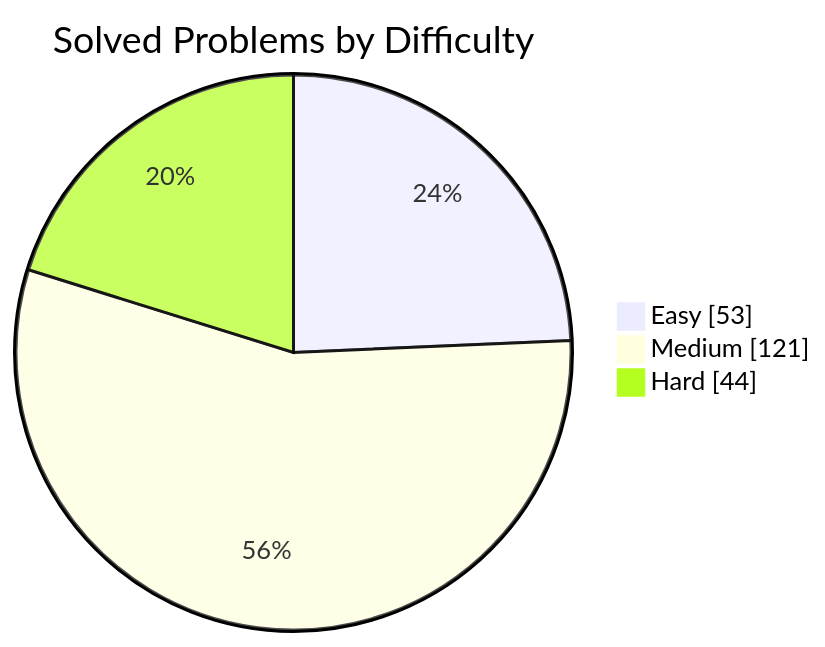
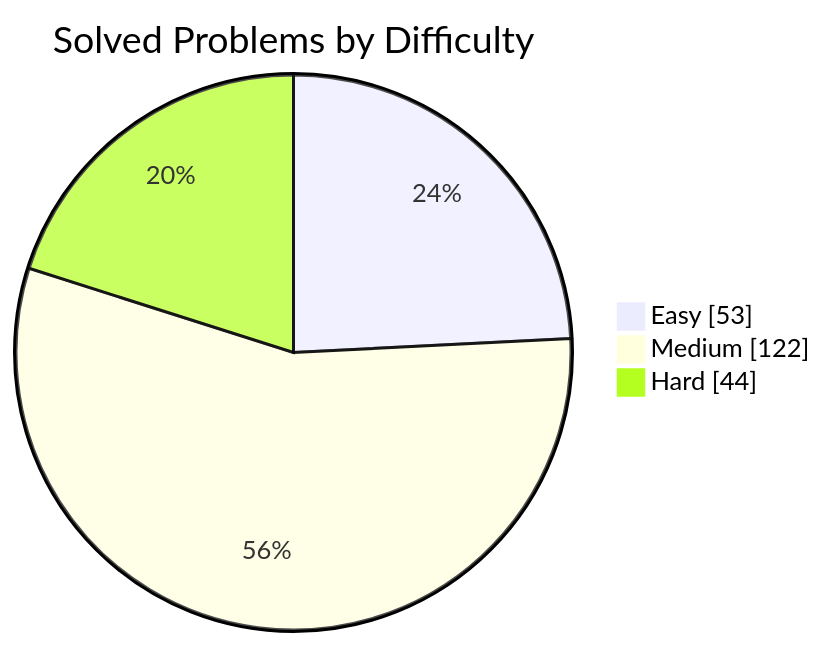
Before and after one commit to manikantbindass/DSA-Preparation-FAANG: the first of 2 diagrams in README.md, drawn with Mermaid. The commit also changed other lines of this file and 1 other file, not shown here.

````diff
--- a/README.md
+++ b/README.md
@@ -40,7 +40,7 @@
 ```mermaid
 pie showData
     title Solved Problems by Difficulty
     "Easy" : 53
-    "Medium" : 121
+    "Medium" : 122
     "Hard" : 44
 ```
````
